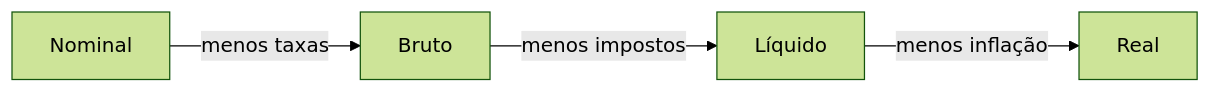
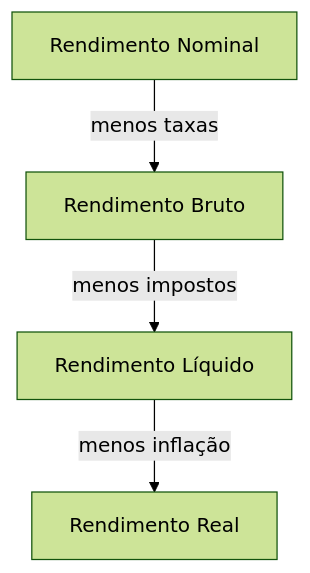
One commit to slrocker/investindows changed the second of 2 diagrams in src/pages/markdown/aprenda/financas/iniciantes/rendimento.md. Above: the diagram before and after it, drawn with Mermaid (forest theme). The commit also changed other lines of this file and 29 other files, not shown here.

````diff
--- a/src/pages/markdown/aprenda/financas/iniciantes/rendimento.md
+++ b/src/pages/markdown/aprenda/financas/iniciantes/rendimento.md
@@ -44,8 +77,8 @@
 ```mermaid
-graph LR
+graph TD
 
-    A[Nominal] -- menos taxas --> B[Bruto]
-    B -- menos impostos --> C[Líquido]
-    C -- menos inflação --> D[Real]
+    A[Rendimento Nominal] -- menos taxas --> B[Rendimento Bruto]
+    B -- menos impostos --> C[Rendimento Líquido]
+    C -- menos inflação --> D[Rendimento Real]
     
 ```
````
